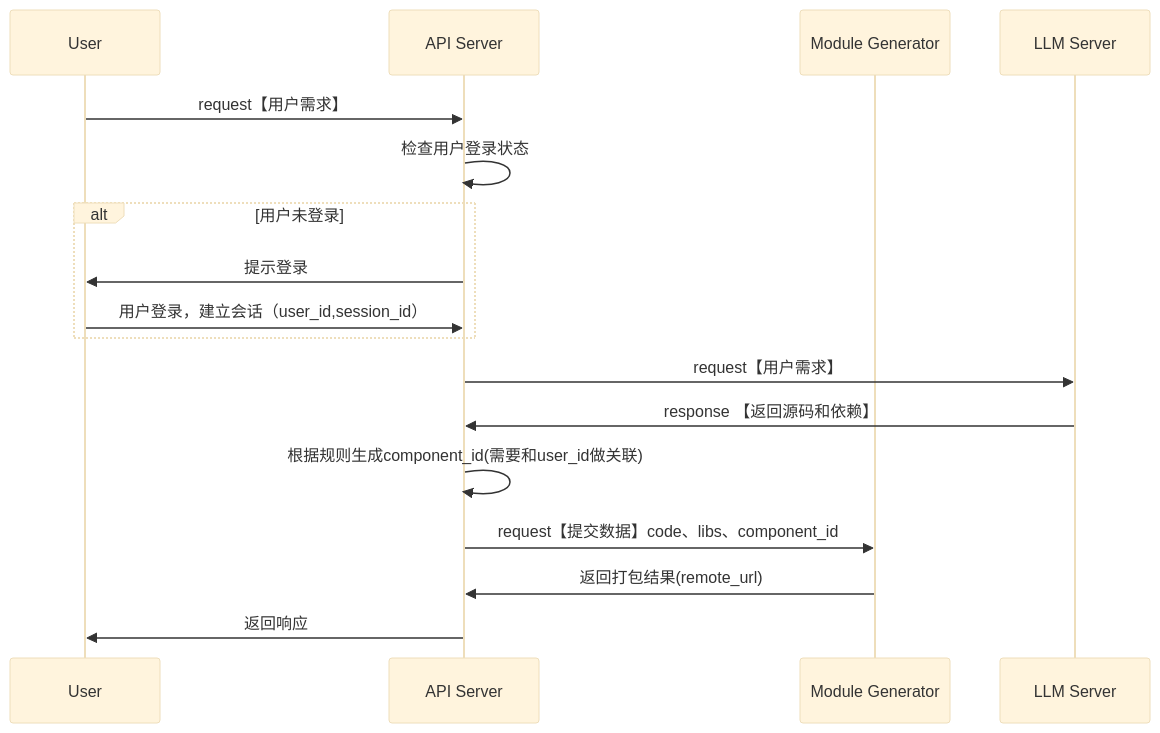
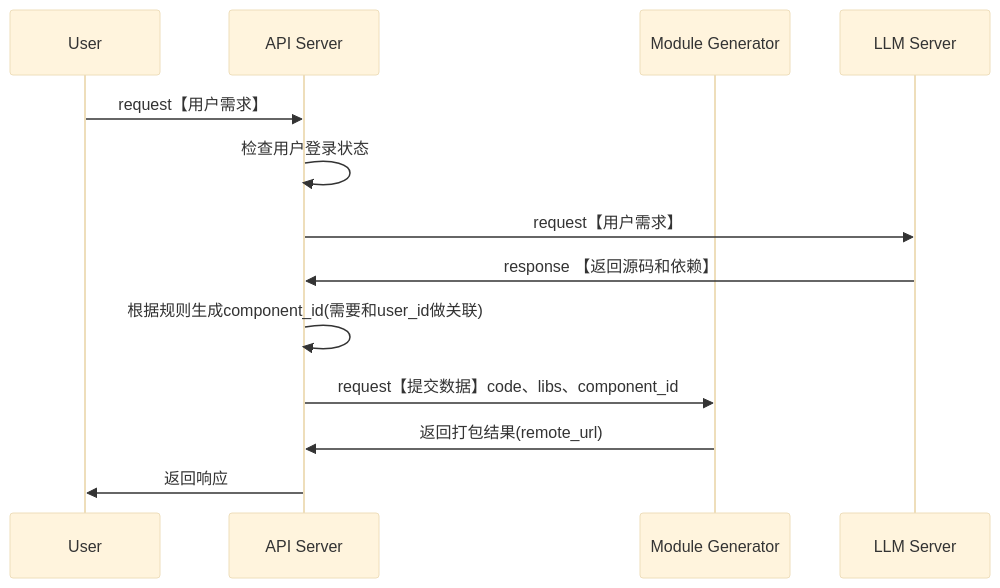
One commit to yingjianzh/iodraw-files changed the diagram in all/w3-基础流程.md. Above: the diagram before and after it, drawn with Mermaid (base theme).

Commit message:
2024-10-09 16:25:58 update

````diff
--- a/all/w3-基础流程.md
+++ b/all/w3-基础流程.md
@@ -1,22 +1,19 @@
 ```mermaid
 sequenceDiagram
     participant User
     participant API Server
     participant Module Generator
     participant LLM Server
 
     User->>API Server: request【用户需求】
     API Server->>API Server: 检查用户登录状态
-    alt 用户未登录
-        API Server->>User: 提示登录
-        User->>API Server: 用户登录，建立会话（user_id,session_id）
-    end
+    
 
     API Server->>LLM Server: request【用户需求】
     LLM Server->>API Server: response 【返回源码和依赖】
     API Server->>API Server: 根据规则生成component_id(需要和user_id做关联)
     API Server->>Module Generator: request【提交数据】code、libs、component_id
     Module Generator->>API Server: 返回打包结果(remote_url)
     
     API Server->>User: 返回响应
 ```
````
